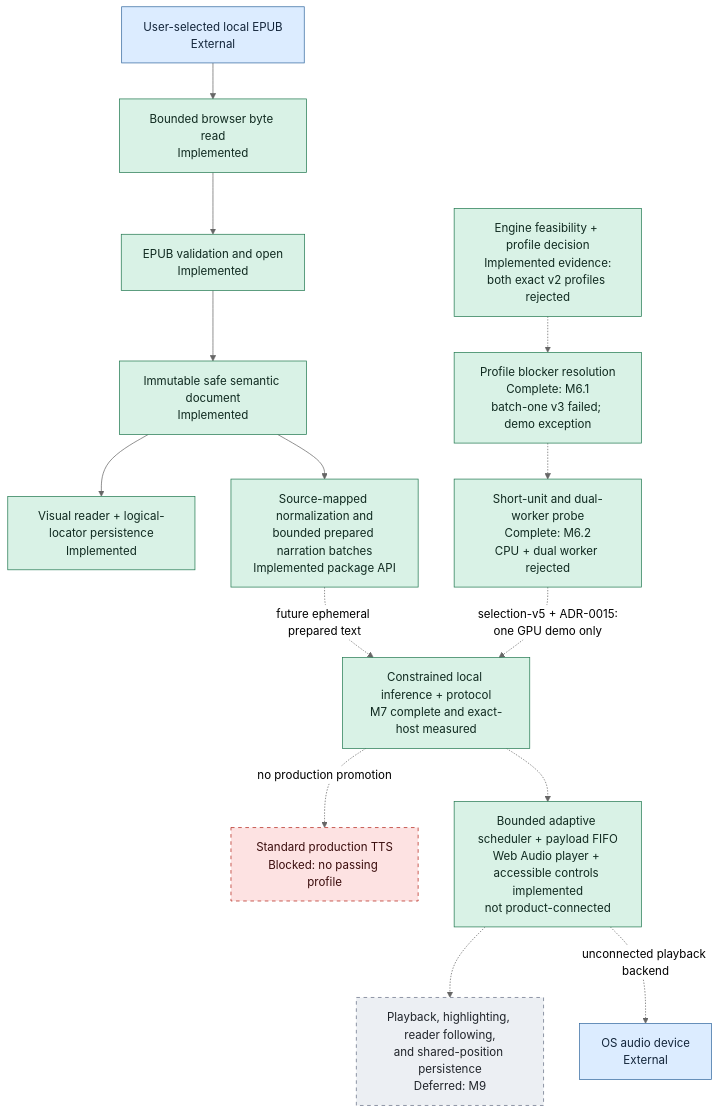
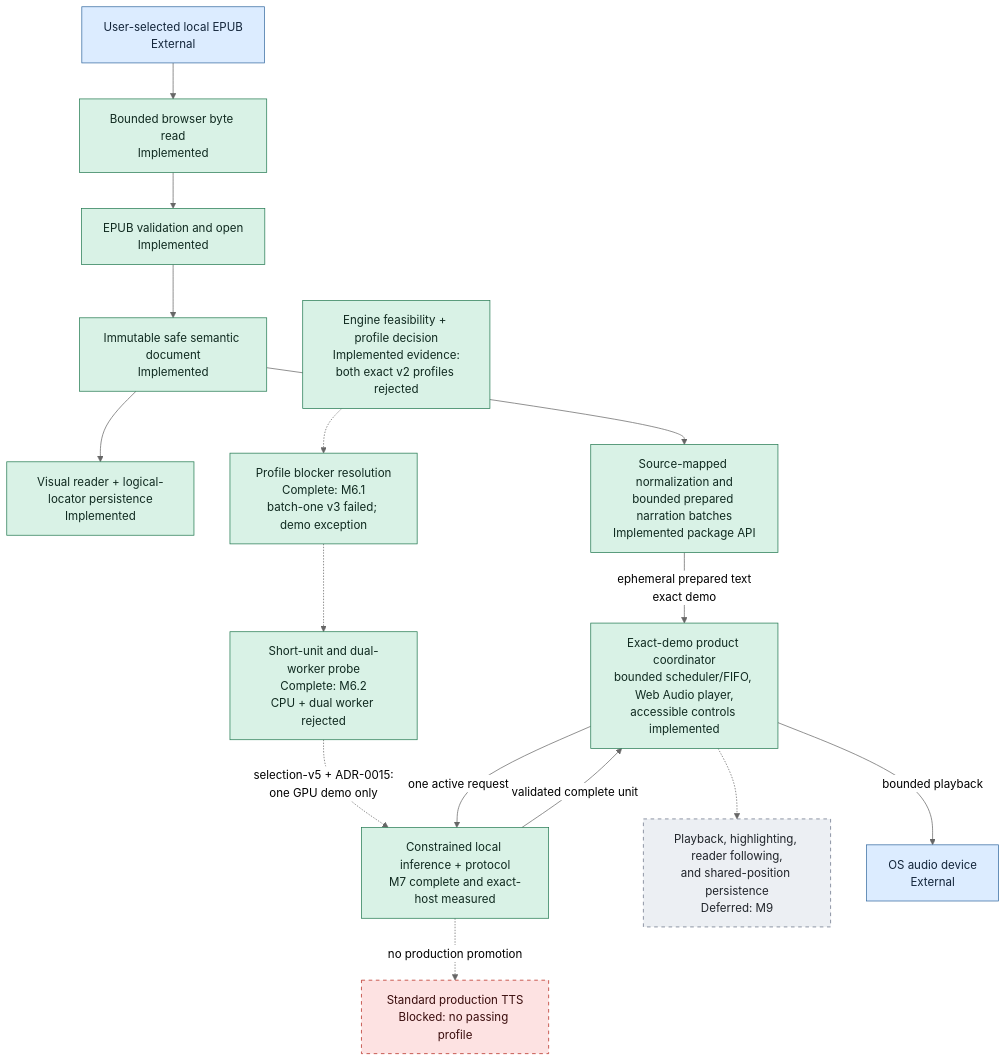
One commit to mmjosedaniel/voxleaf changed the second of 2 diagrams in docs/architecture/system-diagram.md. Above: the diagram before and after it, drawn with Mermaid (neutral theme). The commit also changed other lines of this file and 25 other files, not shown here.

First line of the commit message:
feat: integrate exact one-GPU constrained narration demo (#125)

````diff
--- a/docs/architecture/system-diagram.md
+++ b/docs/architecture/system-diagram.md
@@ -124,35 +130,36 @@
 ```mermaid
 flowchart TD
     classDef implemented fill:#d9f2e6,stroke:#247a52,color:#102a20
     classDef progress fill:#dcecff,stroke:#356aa0,color:#13253a,stroke-dasharray: 3 3
     classDef planned fill:#fff0c7,stroke:#9a6b00,color:#332400,stroke-dasharray: 5 5
     classDef blocked fill:#fde2e2,stroke:#b42318,color:#3a0d0d,stroke-dasharray: 5 5
     classDef deferred fill:#eceff3,stroke:#667085,color:#20242a,stroke-dasharray: 5 5
     classDef external fill:#dcecff,stroke:#356aa0,color:#13253a
 
     FILE["User-selected local EPUB<br/>External"]:::external
     READ["Bounded browser byte read<br/>Implemented"]:::implemented
     OPEN["EPUB validation and open<br/>Implemented"]:::implemented
     SAFE["Immutable safe semantic document<br/>Implemented"]:::implemented
     VISUAL["Visual reader + logical-locator persistence<br/>Implemented"]:::implemented
     PREP["Source-mapped normalization and<br/>bounded prepared narration batches<br/>Implemented package API"]:::implemented
     PROFILE["Engine feasibility + profile decision<br/>Implemented evidence:<br/>both exact v2 profiles rejected"]:::implemented
     NEXT_PROFILE["Profile blocker resolution<br/>Complete: M6.1<br/>batch-one v3 failed; demo exception"]:::implemented
     BATCH_PROBE["Short-unit and dual-worker probe<br/>Complete: M6.2<br/>CPU + dual worker rejected"]:::implemented
     INFER["Constrained local inference + protocol<br/>M7 complete and exact-host measured"]:::implemented
     PROD["Standard production TTS<br/>Blocked: no passing profile"]:::blocked
-    BUFFER["Bounded adaptive scheduler + payload FIFO<br/>Web Audio player + accessible controls implemented<br/>not product-connected"]:::implemented
+    BUFFER["Exact-demo product coordinator<br/>bounded scheduler/FIFO, Web Audio player,<br/>accessible controls implemented"]:::implemented
     FOLLOW["Playback, highlighting, reader following,<br/>and shared-position persistence<br/>Deferred: M9"]:::deferred
     DEVICE["OS audio device<br/>External"]:::external
 
     FILE --> READ --> OPEN --> SAFE --> VISUAL
     SAFE --> PREP
-    PREP -.->|"future ephemeral prepared text"| INFER
+    PREP -->|"ephemeral prepared text<br/>exact demo"| BUFFER
     PROFILE -.-> NEXT_PROFILE
     NEXT_PROFILE -.-> BATCH_PROBE
     BATCH_PROBE -.->|"selection-v5 + ADR-0015:<br/>one GPU demo only"| INFER
     INFER -.->|"no production promotion"| PROD
-    INFER -.-> BUFFER
+    BUFFER -->|"one active request"| INFER
+    INFER -->|"validated complete unit"| BUFFER
     BUFFER -.-> FOLLOW
-    BUFFER -.->|"unconnected playback backend"| DEVICE
+    BUFFER -->|"bounded playback"| DEVICE
 ```
````
